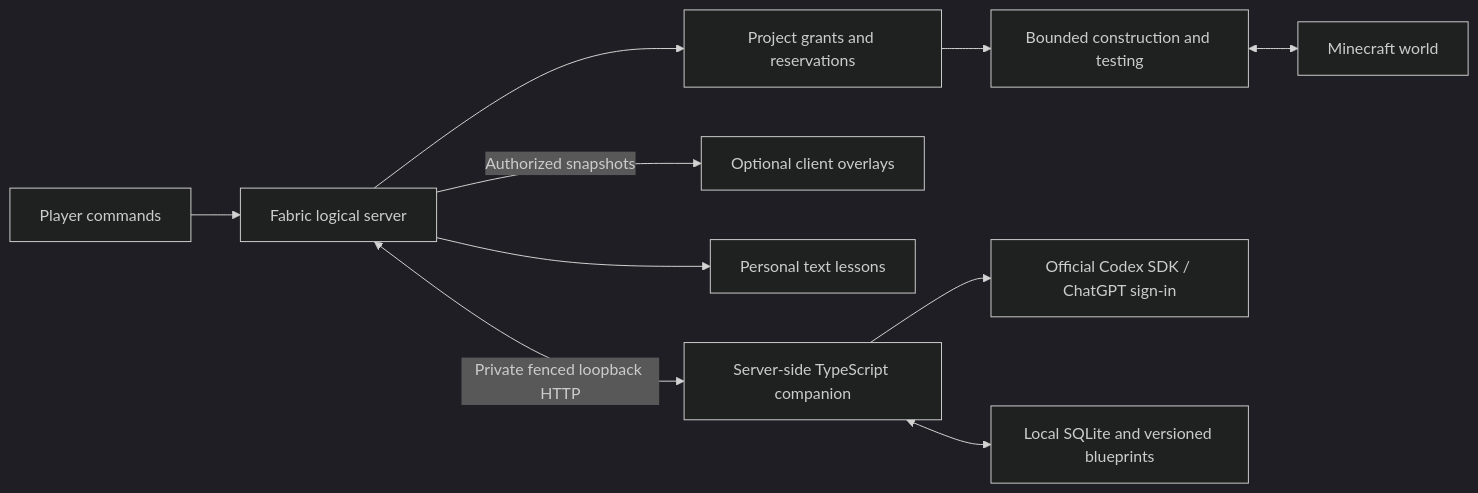
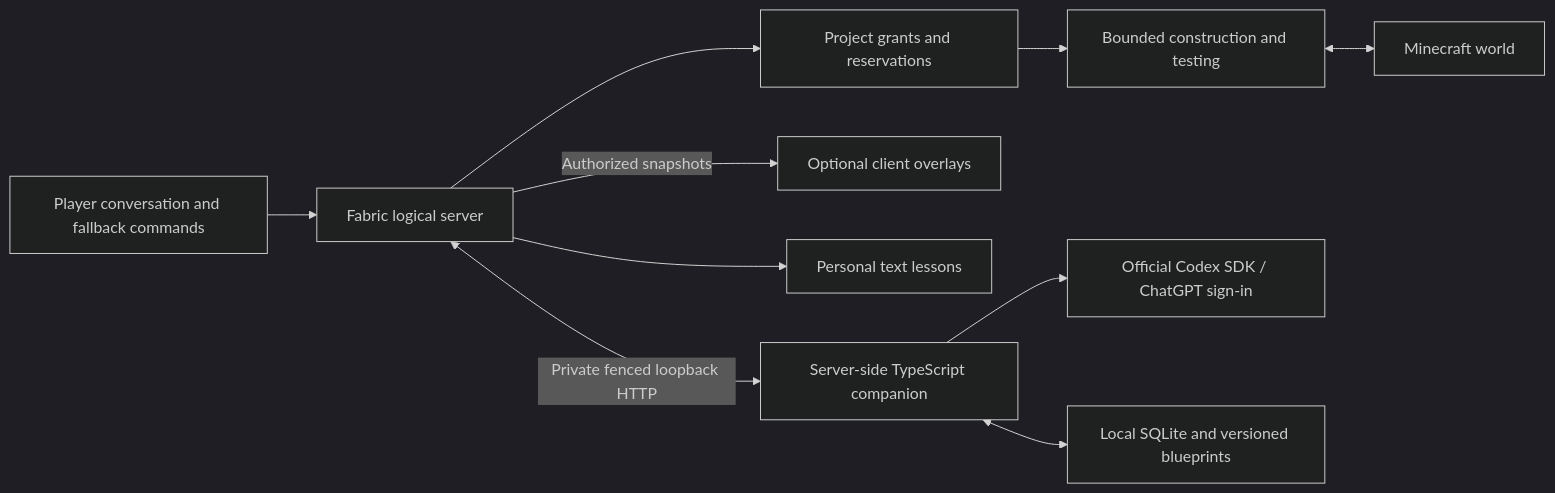
Before and after one commit to 1xmint/minecraft-ai-engineer: the diagram in README.md, drawn with Mermaid (dark theme). The commit also changed 5 other files, not shown here.

Commit message:
Check pending chat approval across a real server restart and document conversation

````diff
--- a/README.md
+++ b/README.md
@@ -83,12 +83,12 @@
 ```mermaid
 flowchart LR
-    Player[Player commands] --> Server[Fabric logical server]
+    Player[Player conversation and fallback commands] --> Server[Fabric logical server]
     Server --> Policy[Project grants and reservations]
     Policy --> Executor[Bounded construction and testing]
     Server -->|Authorized snapshots| Preview[Optional client overlays]
     Server --> Lessons[Personal text lessons]
     Executor <--> World[Minecraft world]
     Server <-->|Private fenced loopback HTTP| Companion[Server-side TypeScript companion]
     Companion --> Planner[Official Codex SDK / ChatGPT sign-in]
     Companion <--> Memory[Local SQLite and versioned blueprints]
 ```
````
